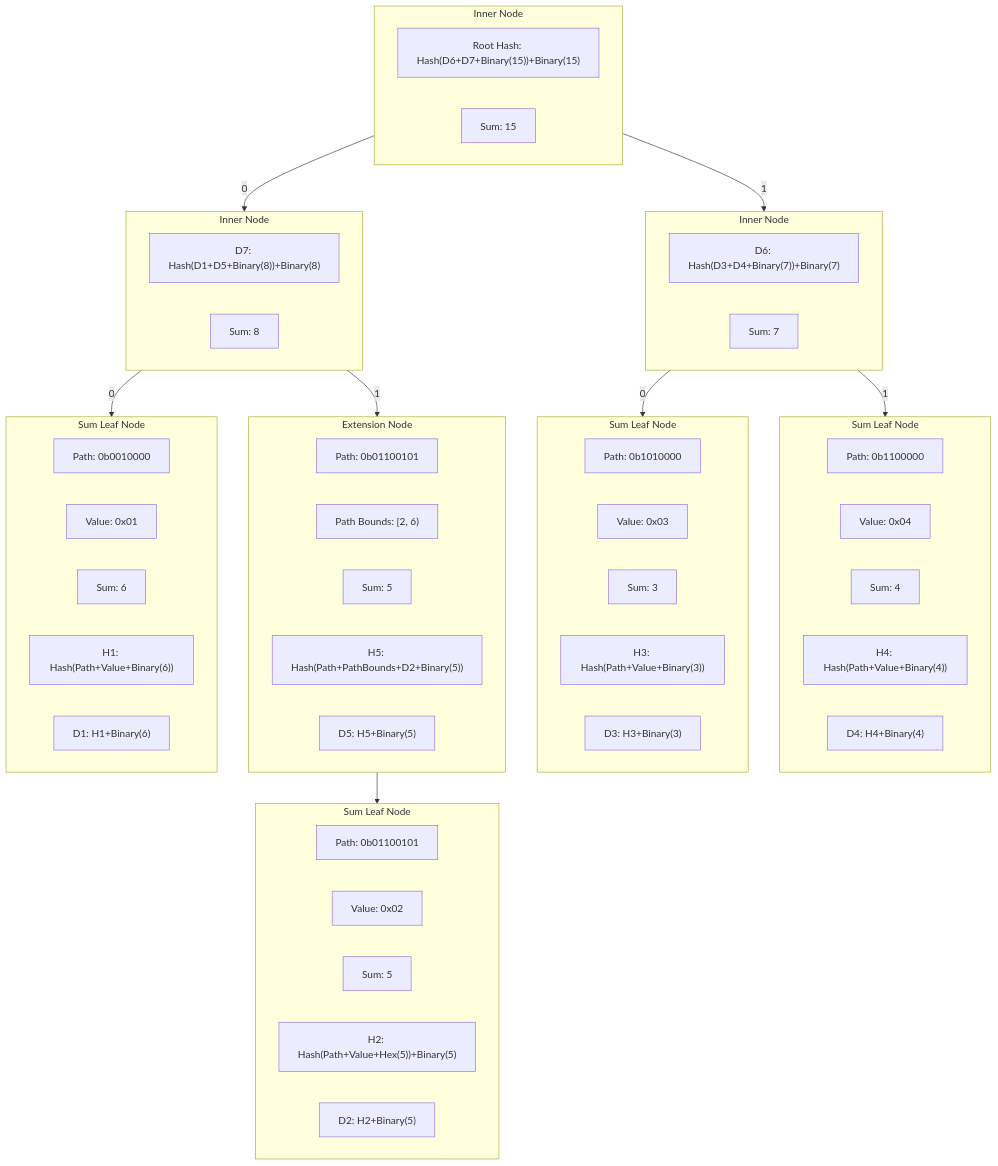
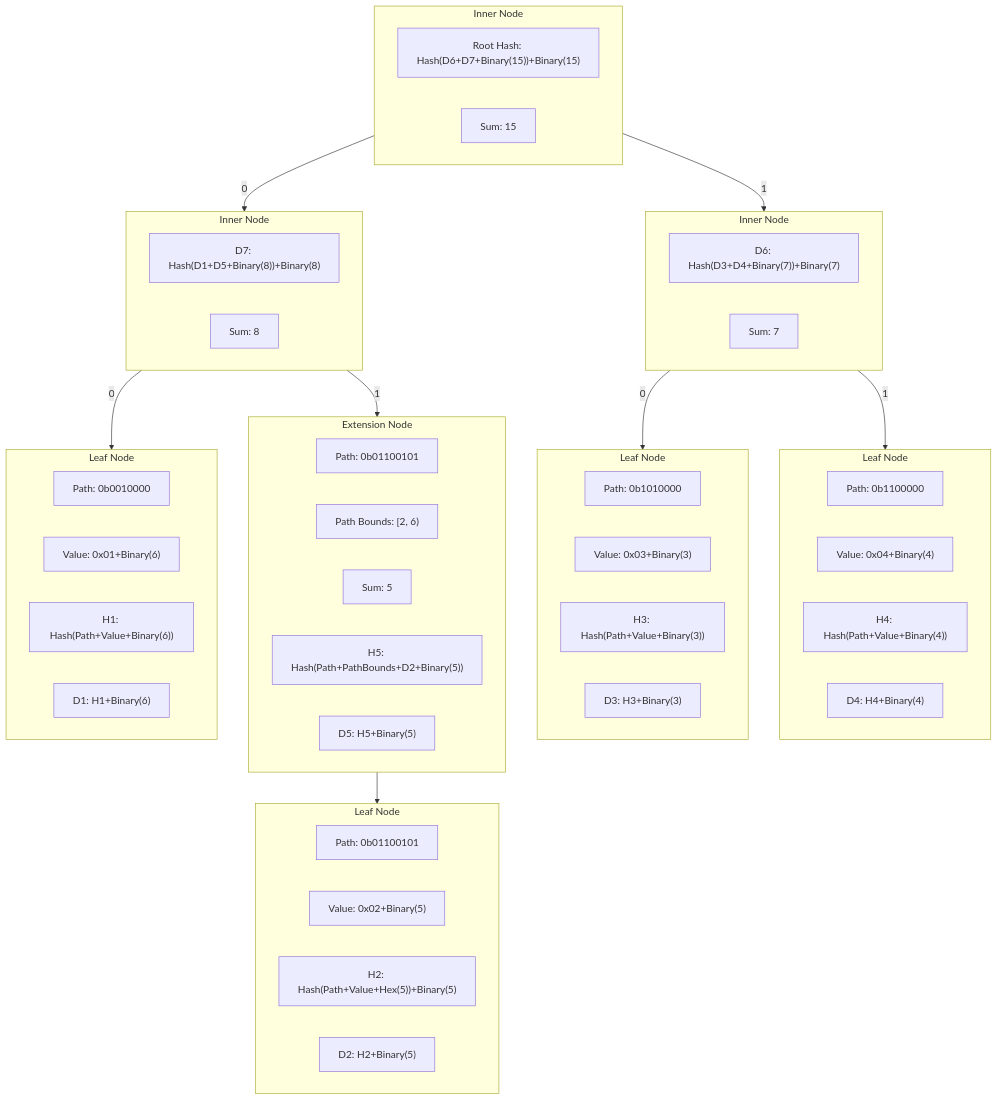
One commit to pokt-network/smt changed the third of 3 diagrams in MerkleSumTree.md. Above: the diagram before and after it, drawn with Mermaid. The commit also changed other lines of this file and 1 other file, not shown here.

````diff
--- a/MerkleSumTree.md
+++ b/MerkleSumTree.md
@@ -117,57 +147,53 @@
 ```mermaid
 graph TB
 	subgraph RI[Inner Node]
 		RIA["Root Hash: Hash(D6+D7+Binary(15))+Binary(15)"]
         RIB[Sum: 15]
 	end
 	subgraph I1[Inner Node]
 		I1A["D7: Hash(D1+D5+Binary(8))+Binary(8)"]
         I1B[Sum: 8]
 	end
 	subgraph I2[Inner Node]
 		I2A["D6: Hash(D3+D4+Binary(7))+Binary(7)"]
         I2B[Sum: 7]
 	end
-	subgraph L1[Sum Leaf Node]
+	subgraph L1[Leaf Node]
 		L1A[Path: 0b0010000]
-		L1B[Value: 0x01]
-        L1C[Sum: 6]
-        L1D["H1: Hash(Path+Value+Binary(6))"]
-        L1E["D1: H1+Binary(6)"]
+		L1B["Value: 0x01+Binary(6)"]
+        L1C["H1: Hash(Path+Value+Binary(6))"]
+        L1D["D1: H1+Binary(6)"]
 	end
-	subgraph L3[Sum Leaf Node]
+	subgraph L3[Leaf Node]
 		L3A[Path: 0b1010000]
-		L3B[Value: 0x03]
-        L3C[Sum: 3]
-        L3D["H3: Hash(Path+Value+Binary(3))"]
-        L3E["D3: H3+Binary(3)"]
+		L3B["Value: 0x03+Binary(3)"]
+        L3C["H3: Hash(Path+Value+Binary(3))"]
+        L3D["D3: H3+Binary(3)"]
 	end
-	subgraph L4[Sum Leaf Node]
+	subgraph L4[Leaf Node]
 		L4A[Path: 0b1100000]
-		L4B[Value: 0x04]
-        L4C[Sum: 4]
-        L4D["H4: Hash(Path+Value+Binary(4))"]
-        L4E["D4: H4+Binary(4)"]
+		L4B["Value: 0x04+Binary(4)"]
+        L4C["H4: Hash(Path+Value+Binary(4))"]
+        L4D["D4: H4+Binary(4)"]
 	end
 	subgraph E1[Extension Node]
 		E1A[Path: 0b01100101]
 		E1B["Path Bounds: [2, 6)"]
         E1C[Sum: 5]
         E1D["H5: Hash(Path+PathBounds+D2+Binary(5))"]
         E1E["D5: H5+Binary(5)"]
 	end
-	subgraph L2[Sum Leaf Node]
+	subgraph L2[Leaf Node]
 		L2A[Path: 0b01100101]
-		L2B[Value: 0x02]
-        L2C[Sum: 5]
-        L2D["H2: Hash(Path+Value+Hex(5))+Binary(5)"]
-        L2E["D2: H2+Binary(5)"]
+		L2B["Value: 0x02+Binary(5)"]
+        L2C["H2: Hash(Path+Value+Hex(5))+Binary(5)"]
+        L2D["D2: H2+Binary(5)"]
 	end
 	RI -->|0| I1
 	RI -->|1| I2
 	I1 -->|0| L1
 	I1 -->|1| E1
 	E1 --> L2
 	I2 -->|0| L3
 	I2 -->|1| L4
 ```
````
